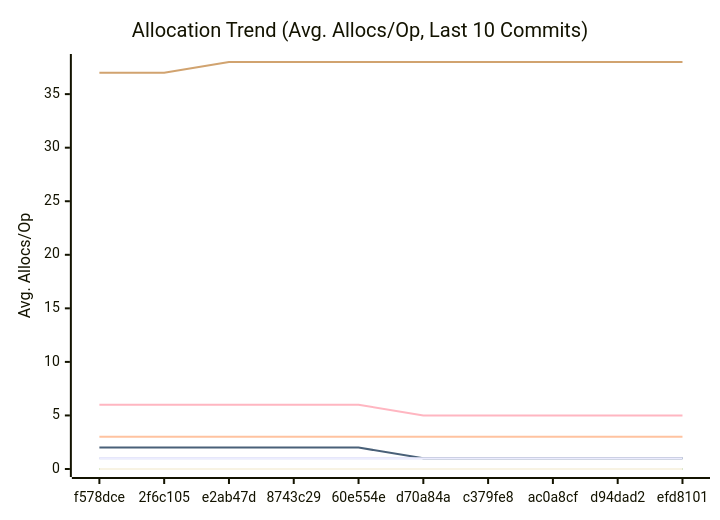
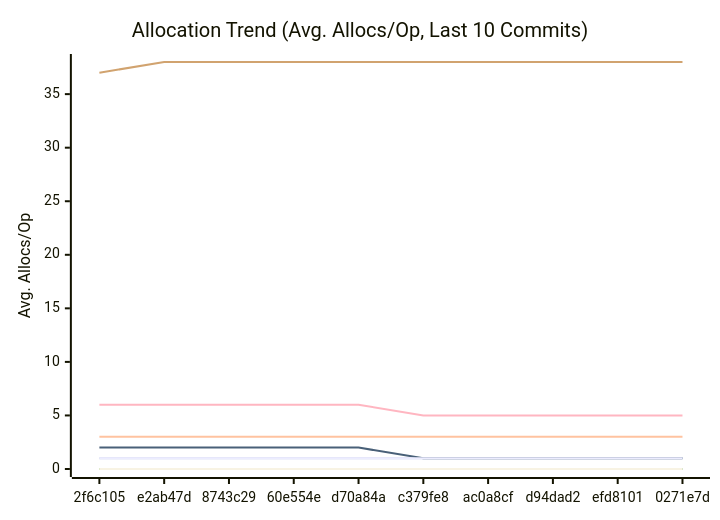
One commit to alsotoes/momo changed the third of 3 diagrams in docs/PERFORMANCE.md. Above: the diagram before and after it, drawn with Mermaid. The commit also changed other lines of this file and 3 other files, not shown here.

````diff
--- a/docs/PERFORMANCE.md
+++ b/docs/PERFORMANCE.md
@@ -176,18 +176,18 @@
 ```mermaid
 xychart-beta
     title "Allocation Trend (Avg. Allocs/Op, Last 10 Commits)"
     x-axis "Commit"
     y-axis "Avg. Allocs/Op"
-    x-axis [f578dce,2f6c105,e2ab47d,8743c29,60e554e,d70a84a,c379fe8,ac0a8cf,d94dad2,efd8101]
+    x-axis [2f6c105,e2ab47d,8743c29,60e554e,d70a84a,c379fe8,ac0a8cf,d94dad2,efd8101,0271e7d]
     line "CheckMetricsAndSwap" [0,0,0,0,0,0,0,0,0,0]
     line "CrushOptimized" [0,0,0,0,0,0,0,0,0,0]
     line "CrushOriginal" [3,3,3,3,3,3,3,3,3,3]
     line "IndexDirectTracking" [0,0,0,0,0,0,0,0,0,0]
     line "IndexSearch" [0,0,0,0,0,0,0,0,0,0]
-    line "LoadGlobalConfig" [37,37,38,38,38,38,38,38,38,38]
+    line "LoadGlobalConfig" [37,38,38,38,38,38,38,38,38,38]
     line "PadString" [1,1,1,1,1,1,1,1,1,1]
     line "ParseReplicationOrder_NoPrealloc" [6,6,6,6,6,5,5,5,5,5]
     line "ParseReplicationOrder_Prealloc" [2,2,2,2,2,1,1,1,1,1]
     line "SanitizeLog/Safe" [0,0,0,0,0,0,0,0,0,0]
     line "SanitizeLog/Unsafe" [1,1,1,1,1,1,1,1,1,1]
 ```
````
